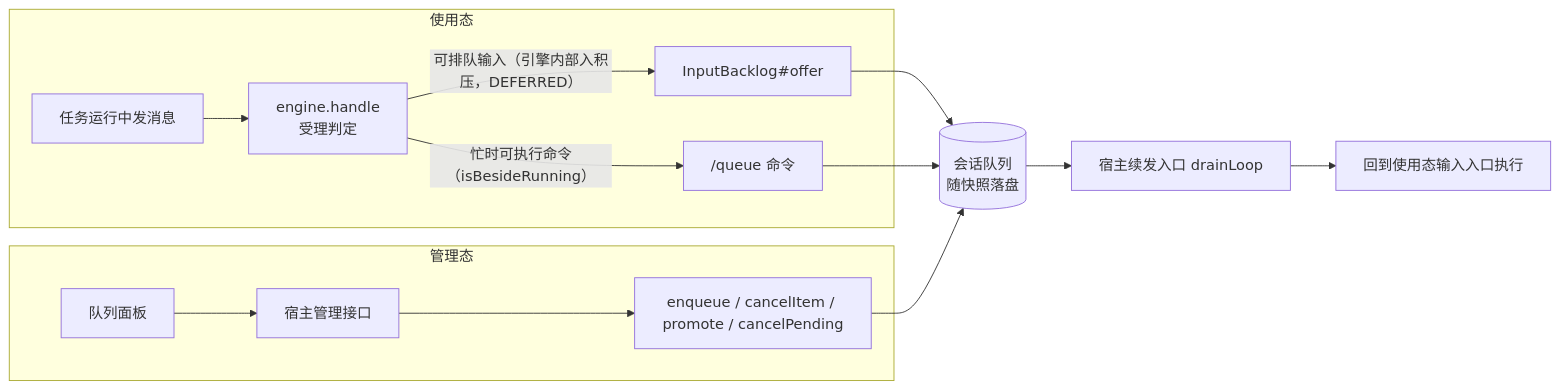
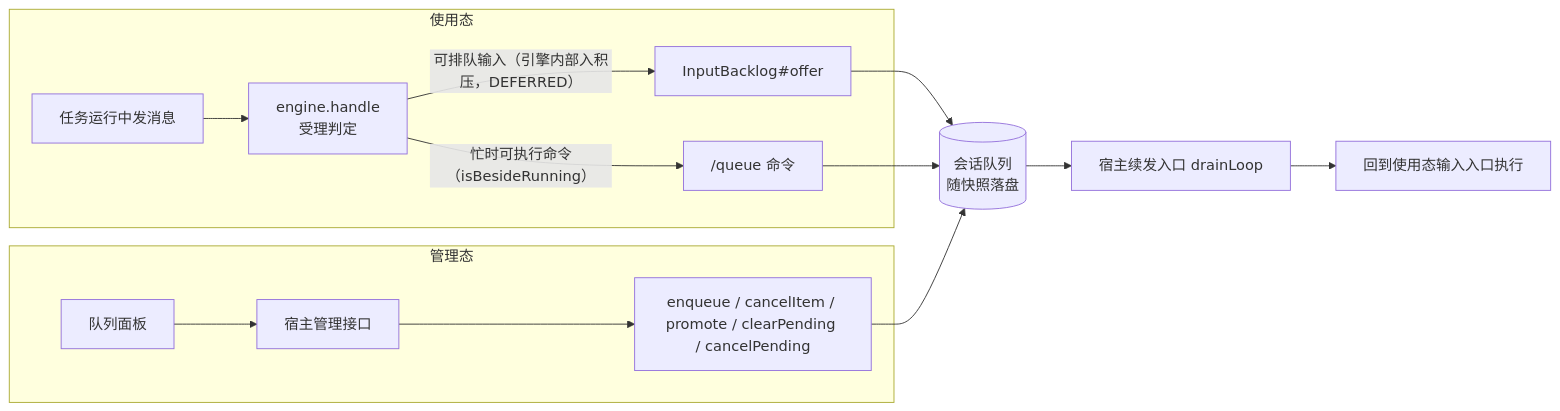
One commit to opensolon/solon-ai changed the second of 2 diagrams in solon-ai-harness-queue/README.md. Above: the diagram before and after it, drawn with Mermaid. The commit also changed other lines of this file and 110 other files, not shown here.

````diff
--- a/solon-ai-harness-queue/README.md
+++ b/solon-ai-harness-queue/README.md
@@ -108,15 +108,15 @@
 ```mermaid
 flowchart LR
     subgraph 使用态
         U1["任务运行中发消息"] --> H["engine.handle<br/>受理判定"]
         H -- "可排队输入（引擎内部入积压，DEFERRED）" --> EQ1["InputBacklog#offer"]
         H -- "忙时可执行命令（isBesideRunning）" --> C["/queue 命令"]
     end
     subgraph 管理态
-        U2["队列面板"] --> API["宿主管理接口"] --> EQ2["enqueue / cancelItem / promote / cancelPending"]
+        U2["队列面板"] --> API["宿主管理接口"] --> EQ2["enqueue / cancelItem / promote / clearPending / cancelPending"]
     end
     EQ1 --> Q[("会话队列<br/>随快照落盘")]
     C --> Q
     EQ2 --> Q
     Q --> D["宿主续发入口 drainLoop"] --> IN["回到使用态输入入口执行"]
 ```
````
